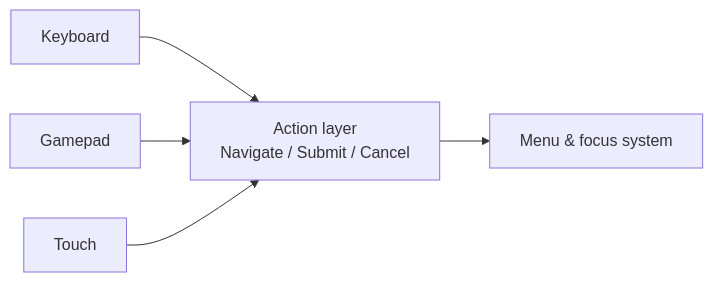
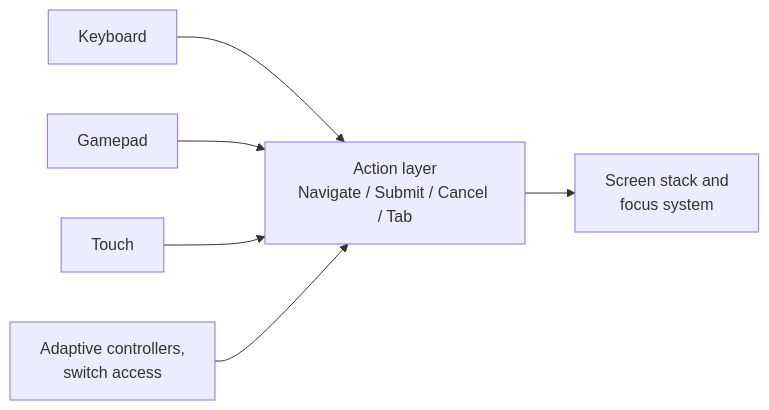
One commit to AndrewAltimit/Documentation changed the sixth of 6 diagrams in github-pages/docs/gamedev/ui-design.md. Above: the diagram before and after it, drawn with Mermaid. The commit also changed other lines of this file and 240 other files, not shown here.

````diff
--- a/github-pages/docs/gamedev/ui-design.md
+++ b/github-pages/docs/gamedev/ui-design.md
@@ -346,7 +435,8 @@
 ```mermaid
 flowchart LR
     KB["Keyboard"] --> ACT
     PAD["Gamepad"] --> ACT
     TOUCH["Touch"] --> ACT
-    ACT["Action layer<br/>Navigate / Submit / Cancel"] --> UI["Menu & focus system"]
+    AT["Adaptive controllers,<br/>switch access"] --> ACT
+    ACT["Action layer<br/>Navigate / Submit / Cancel / Tab"] --> UI["Screen stack and<br/>focus system"]
 ```
````
